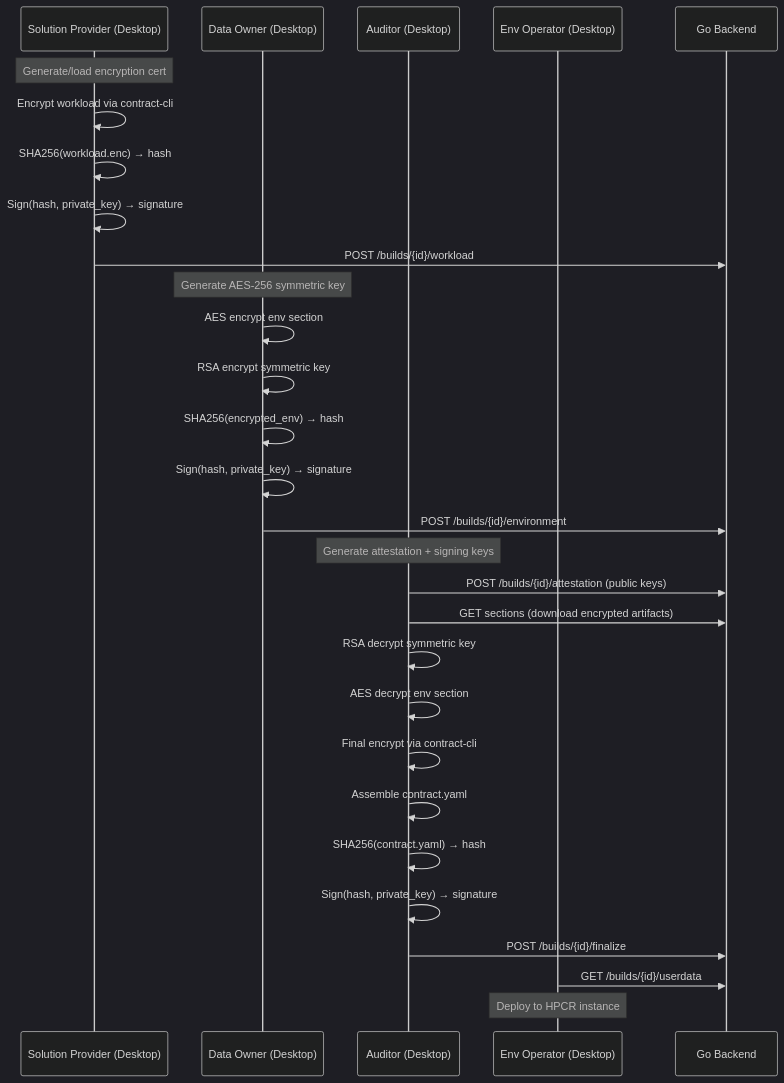
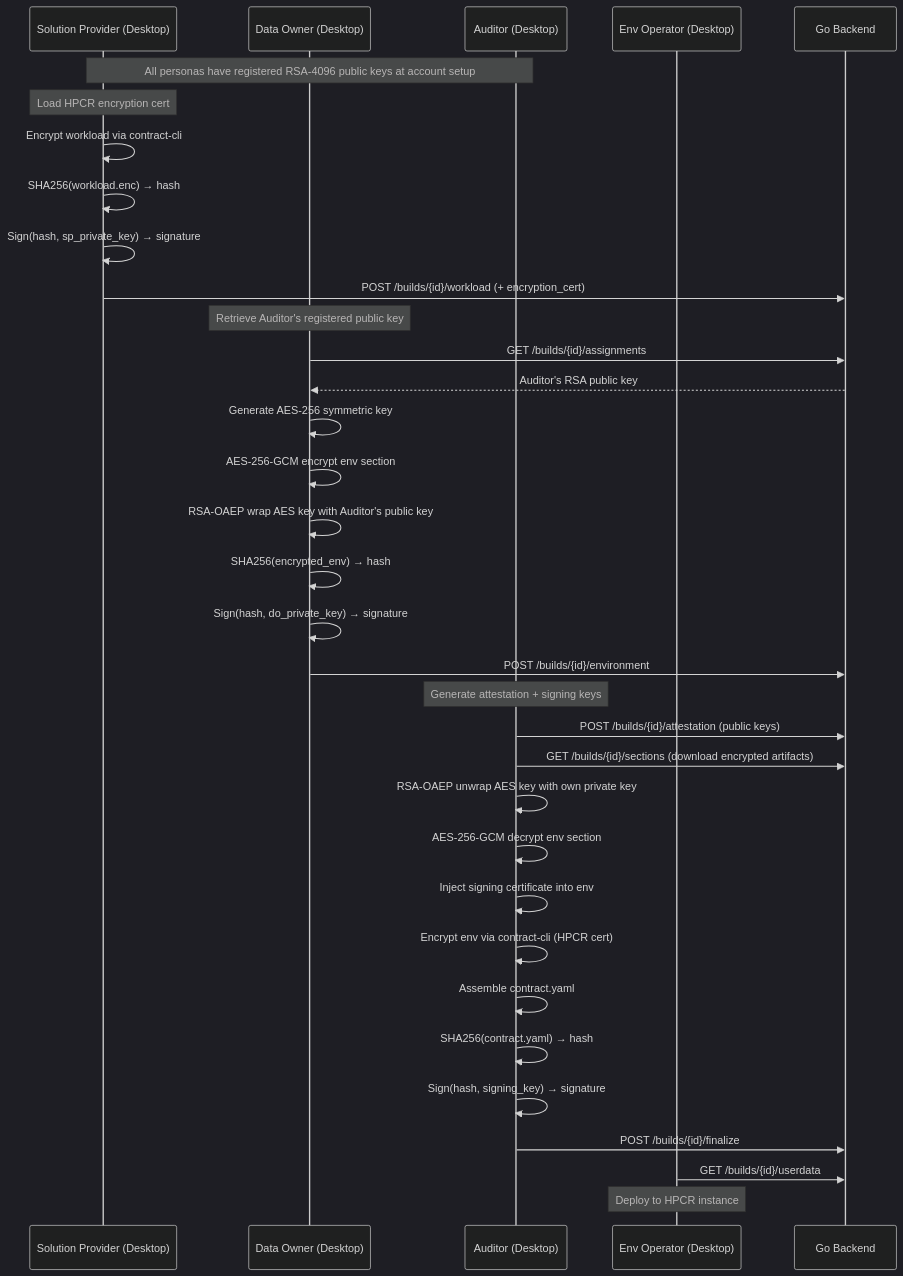
Before and after one commit to Sashwat-K/persona-based-contract-generator: the fourth of 4 diagrams in Design/low-level-design.md, drawn with Mermaid (dark theme). The commit also changed other lines of this file and 2 other files, not shown here.

````diff
--- a/Design/low-level-design.md
+++ b/Design/low-level-design.md
@@ -1143,35 +1533,41 @@
 ```mermaid
 sequenceDiagram
     participant SP as Solution Provider (Desktop)
     participant DO as Data Owner (Desktop)
     participant AU as Auditor (Desktop)
     participant EO as Env Operator (Desktop)
     participant BE as Go Backend
 
-    Note over SP: Generate/load encryption cert
+    Note over SP,AU: All personas have registered RSA-4096 public keys at account setup
+
+    Note over SP: Load HPCR encryption cert
     SP->>SP: Encrypt workload via contract-cli
     SP->>SP: SHA256(workload.enc) → hash
-    SP->>SP: Sign(hash, private_key) → signature
-    SP->>BE: POST /builds/{id}/workload
+    SP->>SP: Sign(hash, sp_private_key) → signature
+    SP->>BE: POST /builds/{id}/workload (+ encryption_cert)
 
-    Note over DO: Generate AES-256 symmetric key
-    DO->>DO: AES encrypt env section
-    DO->>DO: RSA encrypt symmetric key
+    Note over DO: Retrieve Auditor's registered public key
+    DO->>BE: GET /builds/{id}/assignments
+    BE-->>DO: Auditor's RSA public key
+    DO->>DO: Generate AES-256 symmetric key
+    DO->>DO: AES-256-GCM encrypt env section
+    DO->>DO: RSA-OAEP wrap AES key with Auditor's public key
     DO->>DO: SHA256(encrypted_env) → hash
-    DO->>DO: Sign(hash, private_key) → signature
+    DO->>DO: Sign(hash, do_private_key) → signature
     DO->>BE: POST /builds/{id}/environment
 
     Note over AU: Generate attestation + signing keys
     AU->>BE: POST /builds/{id}/attestation (public keys)
-    AU->>BE: GET sections (download encrypted artifacts)
-    AU->>AU: RSA decrypt symmetric key
-    AU->>AU: AES decrypt env section
-    AU->>AU: Final encrypt via contract-cli
+    AU->>BE: GET /builds/{id}/sections (download encrypted artifacts)
+    AU->>AU: RSA-OAEP unwrap AES key with own private key
+    AU->>AU: AES-256-GCM decrypt env section
+    AU->>AU: Inject signing certificate into env
+    AU->>AU: Encrypt env via contract-cli (HPCR cert)
     AU->>AU: Assemble contract.yaml
     AU->>AU: SHA256(contract.yaml) → hash
-    AU->>AU: Sign(hash, private_key) → signature
+    AU->>AU: Sign(hash, signing_key) → signature
     AU->>BE: POST /builds/{id}/finalize
 
     EO->>BE: GET /builds/{id}/userdata
     Note over EO: Deploy to HPCR instance
 ```
````
